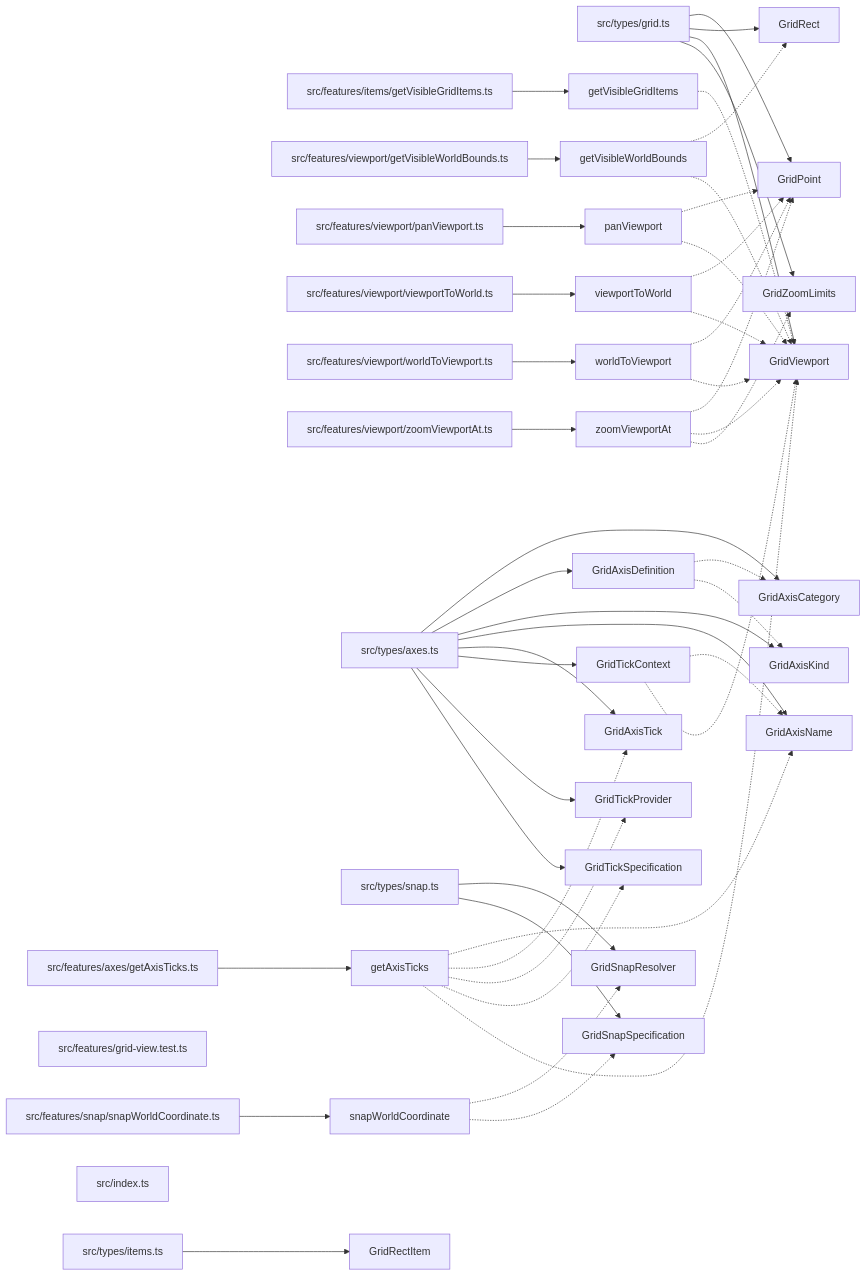
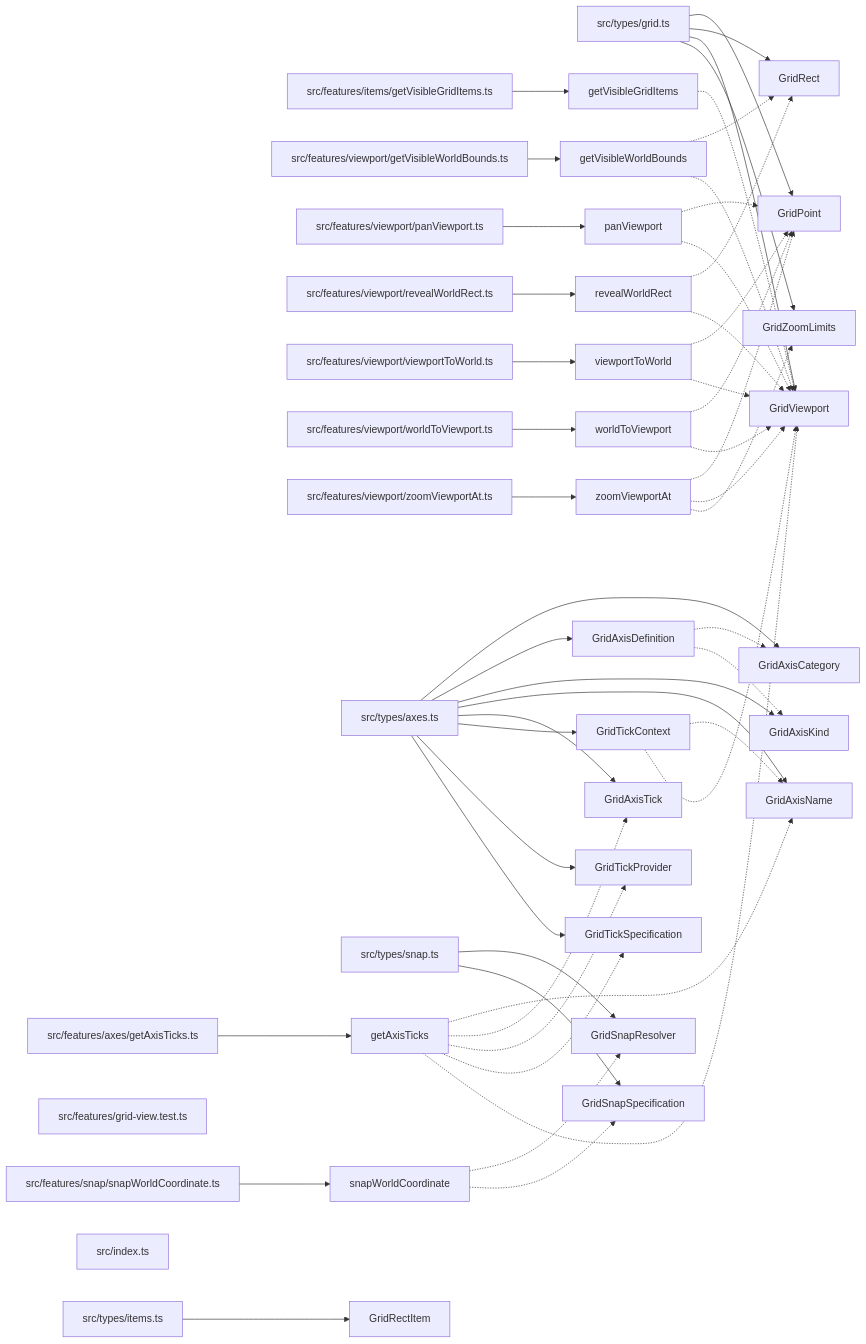
Before and after one commit to ankhorage/grid-view: the diagram in docs/diagrams/export-graph.mmd, drawn with Mermaid. The commit also changed 13 other files, not shown here.

```diff
--- a/docs/diagrams/export-graph.mmd
+++ b/docs/diagrams/export-graph.mmd
@@ -1,84 +1,89 @@
 graph LR
   module_src_features_axes_getAxisTicks_ts["src/features/axes/getAxisTicks.ts"]
   module_src_features_grid_view_test_ts["src/features/grid-view.test.ts"]
   module_src_features_items_getVisibleGridItems_ts["src/features/items/getVisibleGridItems.ts"]
   module_src_features_snap_snapWorldCoordinate_ts["src/features/snap/snapWorldCoordinate.ts"]
   module_src_features_viewport_getVisibleWorldBounds_ts["src/features/viewport/getVisibleWorldBounds.ts"]
   module_src_features_viewport_panViewport_ts["src/features/viewport/panViewport.ts"]
+  module_src_features_viewport_revealWorldRect_ts["src/features/viewport/revealWorldRect.ts"]
   module_src_features_viewport_viewportToWorld_ts["src/features/viewport/viewportToWorld.ts"]
   module_src_features_viewport_worldToViewport_ts["src/features/viewport/worldToViewport.ts"]
   module_src_features_viewport_zoomViewportAt_ts["src/features/viewport/zoomViewportAt.ts"]
   module_src_index_ts["src/index.ts"]
   module_src_types_axes_ts["src/types/axes.ts"]
   module_src_types_grid_ts["src/types/grid.ts"]
   module_src_types_items_ts["src/types/items.ts"]
   module_src_types_snap_ts["src/types/snap.ts"]
   export_getAxisTicks["getAxisTicks"]
   module_src_features_axes_getAxisTicks_ts --> export_getAxisTicks
   export_getAxisTicks -.-> export_GridAxisName
   export_getAxisTicks -.-> export_GridAxisTick
   export_getAxisTicks -.-> export_GridTickProvider
   export_getAxisTicks -.-> export_GridTickSpecification
   export_getAxisTicks -.-> export_GridViewport
   export_getVisibleGridItems["getVisibleGridItems"]
   module_src_features_items_getVisibleGridItems_ts --> export_getVisibleGridItems
   export_getVisibleGridItems -.-> export_GridViewport
   export_getVisibleWorldBounds["getVisibleWorldBounds"]
   module_src_features_viewport_getVisibleWorldBounds_ts --> export_getVisibleWorldBounds
   export_getVisibleWorldBounds -.-> export_GridRect
   export_getVisibleWorldBounds -.-> export_GridViewport
   export_GridAxisCategory["GridAxisCategory"]
   module_src_types_axes_ts --> export_GridAxisCategory
   export_GridAxisDefinition["GridAxisDefinition"]
   module_src_types_axes_ts --> export_GridAxisDefinition
   export_GridAxisDefinition -.-> export_GridAxisCategory
   export_GridAxisDefinition -.-> export_GridAxisKind
   export_GridAxisKind["GridAxisKind"]
   module_src_types_axes_ts --> export_GridAxisKind
   export_GridAxisName["GridAxisName"]
   module_src_types_axes_ts --> export_GridAxisName
   export_GridAxisTick["GridAxisTick"]
   module_src_types_axes_ts --> export_GridAxisTick
   export_GridPoint["GridPoint"]
   module_src_types_grid_ts --> export_GridPoint
   export_GridRect["GridRect"]
   module_src_types_grid_ts --> export_GridRect
   export_GridRectItem["GridRectItem"]
   module_src_types_items_ts --> export_GridRectItem
   export_GridSnapResolver["GridSnapResolver"]
   module_src_types_snap_ts --> export_GridSnapResolver
   export_GridSnapSpecification["GridSnapSpecification"]
   module_src_types_snap_ts --> export_GridSnapSpecification
   export_GridTickContext["GridTickContext"]
   module_src_types_axes_ts --> export_GridTickContext
   export_GridTickContext -.-> export_GridAxisName
   export_GridTickContext -.-> export_GridViewport
   export_GridTickProvider["GridTickProvider"]
   module_src_types_axes_ts --> export_GridTickProvider
   export_GridTickSpecification["GridTickSpecification"]
   module_src_types_axes_ts --> export_GridTickSpecification
   export_GridViewport["GridViewport"]
   module_src_types_grid_ts --> export_GridViewport
   export_GridZoomLimits["GridZoomLimits"]
   module_src_types_grid_ts --> export_GridZoomLimits
   export_panViewport["panViewport"]
   module_src_features_viewport_panViewport_ts --> export_panViewport
   export_panViewport -.-> export_GridPoint
   export_panViewport -.-> export_GridViewport
+  export_revealWorldRect["revealWorldRect"]
+  module_src_features_viewport_revealWorldRect_ts --> export_revealWorldRect
+  export_revealWorldRect -.-> export_GridRect
+  export_revealWorldRect -.-> export_GridViewport
   export_snapWorldCoordinate["snapWorldCoordinate"]
   module_src_features_snap_snapWorldCoordinate_ts --> export_snapWorldCoordinate
   export_snapWorldCoordinate -.-> export_GridSnapResolver
   export_snapWorldCoordinate -.-> export_GridSnapSpecification
   export_viewportToWorld["viewportToWorld"]
   module_src_features_viewport_viewportToWorld_ts --> export_viewportToWorld
   export_viewportToWorld -.-> export_GridPoint
   export_viewportToWorld -.-> export_GridViewport
   export_worldToViewport["worldToViewport"]
   module_src_features_viewport_worldToViewport_ts --> export_worldToViewport
   export_worldToViewport -.-> export_GridPoint
   export_worldToViewport -.-> export_GridViewport
   export_zoomViewportAt["zoomViewportAt"]
   module_src_features_viewport_zoomViewportAt_ts --> export_zoomViewportAt
   export_zoomViewportAt -.-> export_GridPoint
   export_zoomViewportAt -.-> export_GridViewport
   export_zoomViewportAt -.-> export_GridZoomLimits
```
